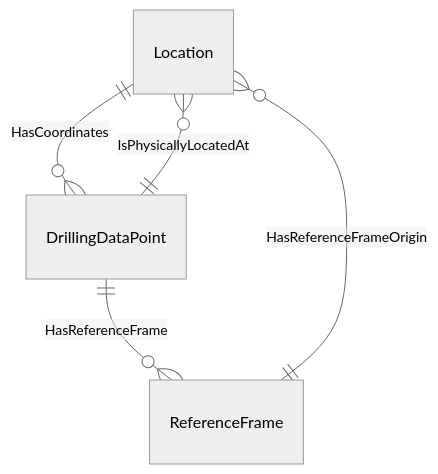
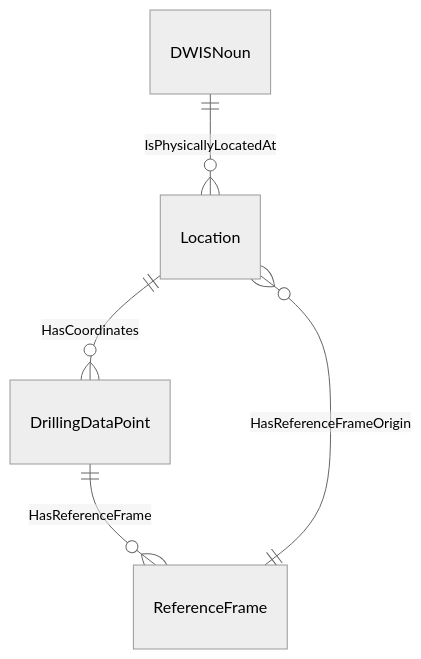
Before and after one commit to D-WIS/DDHub-Semantic-Interoperability: the third of 3 diagrams in docs/vocabulary_development/auto-generated/md/definition-files/PhysicalLocation.md, drawn with Mermaid (neutral theme). The commit also changed other lines of this file and 14 other files, not shown here.

````diff
--- a/docs/vocabulary_development/auto-generated/md/definition-files/PhysicalLocation.md
+++ b/docs/vocabulary_development/auto-generated/md/definition-files/PhysicalLocation.md
@@ -427,7 +427,7 @@
 ```mermaid
 erDiagram
 Location ||--o{ DrillingDataPoint : HasCoordinates
 DrillingDataPoint ||--o{ ReferenceFrame : HasReferenceFrame
 ReferenceFrame ||--o{ Location : HasReferenceFrameOrigin
-DrillingDataPoint ||--o{ Location : IsPhysicallyLocatedAt
+DWISNoun ||--o{ Location : IsPhysicallyLocatedAt
 ```
````
